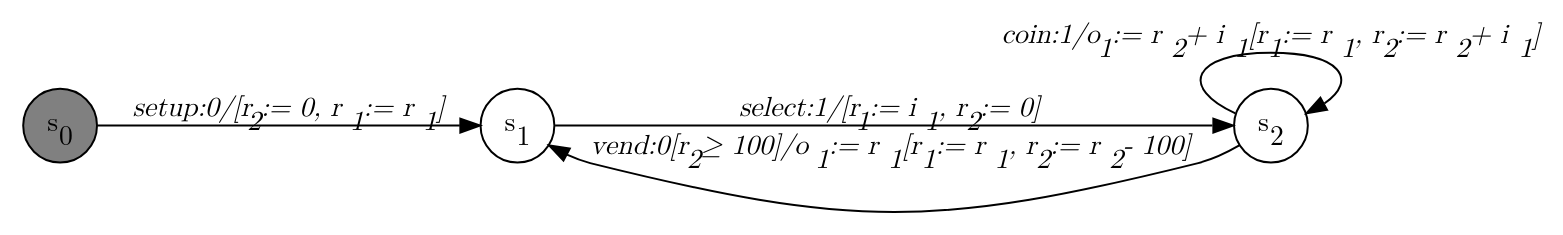
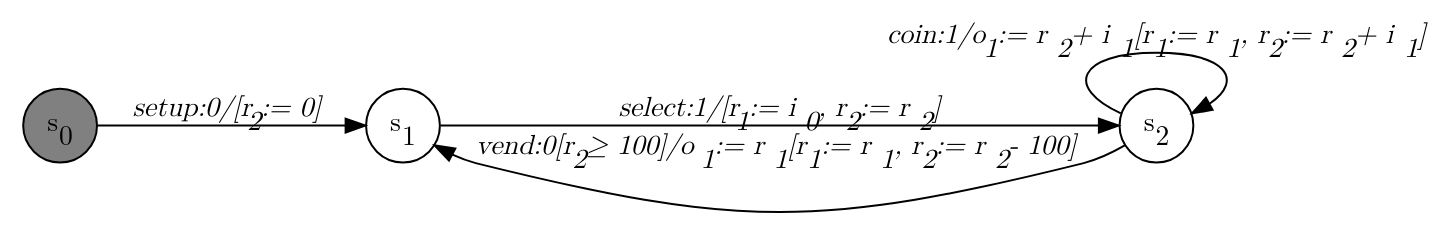
Before and after one commit to jmafoster1/efsm-sal: the diagram in dotfiles/Drinks_Machine_Payforward.dot, drawn with Graphviz. The commit also changed 37 other files, not shown here.

```diff
--- a/dotfiles/Drinks_Machine_Payforward.dot
+++ b/dotfiles/Drinks_Machine_Payforward.dot
@@ -1,14 +1,14 @@
 digraph Drinks_Machine_Payforward{
     graph [rankdir="LR", fontname="Latin Modern Math"];
     node [color="black", fillcolor="white", shape="circle", style="filled", fontname="Latin Modern Math"];
     edge [fontname="Latin Modern Math"];
 
     s0[fillcolor="gray", label=<s<sub>0</sub>>];
     s1[label=<s<sub>1</sub>>];
     s2[label=<s<sub>2</sub>>];
 
-    s1->s2[label=<<i>select:1/&#91;r<sub>1</sub> := i<sub>1</sub>, r<sub>2</sub> := 0&#93;</i>>];
     s2->s2[label=<<i>coin:1/o<sub>1</sub> := r<sub>2</sub> + i<sub>1</sub>&#91;r<sub>1</sub> := r<sub>1</sub>, r<sub>2</sub> := r<sub>2</sub> + i<sub>1</sub>&#93;</i>>];
-    s0->s1[label=<<i>setup:0/&#91;r<sub>2</sub> := 0, r<sub>1</sub> := r<sub>1</sub>&#93;</i>>];
+    s0->s1[label=<<i>setup:0/&#91;r<sub>2</sub> := 0&#93;</i>>];
+    s1->s2[label=<<i>select:1/&#91;r<sub>1</sub> := i<sub>0</sub>, r<sub>2</sub> := r<sub>2</sub>&#93;</i>>];
     s2->s1[label=<<i>vend:0&#91;r<sub>2</sub> &ge; 100&#93;/o<sub>1</sub> := r<sub>1</sub>&#91;r<sub>1</sub> := r<sub>1</sub>, r<sub>2</sub> := r<sub>2</sub> - 100&#93;</i>>];
 }
```
